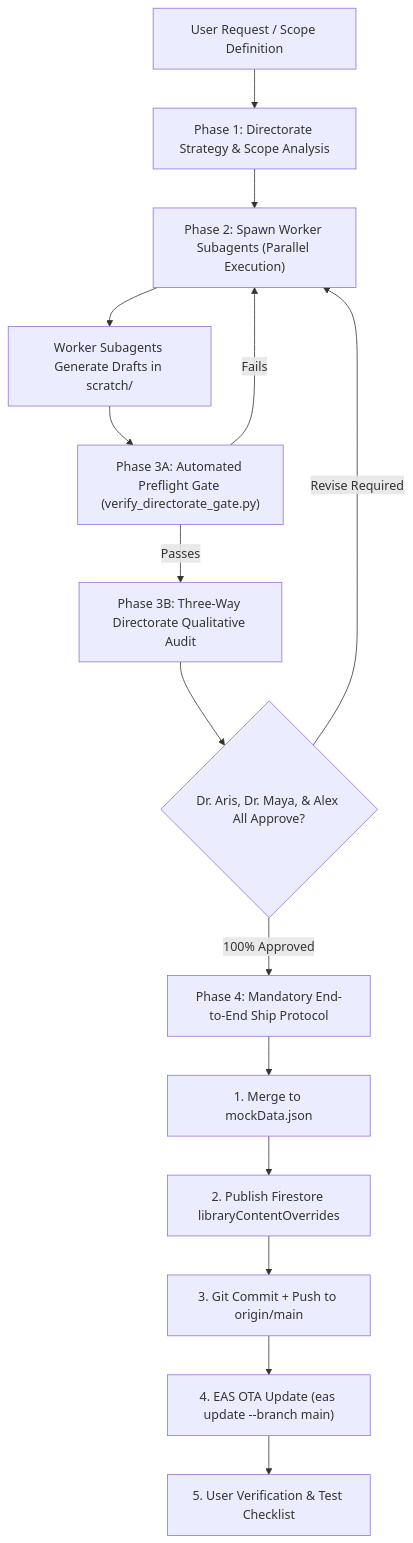
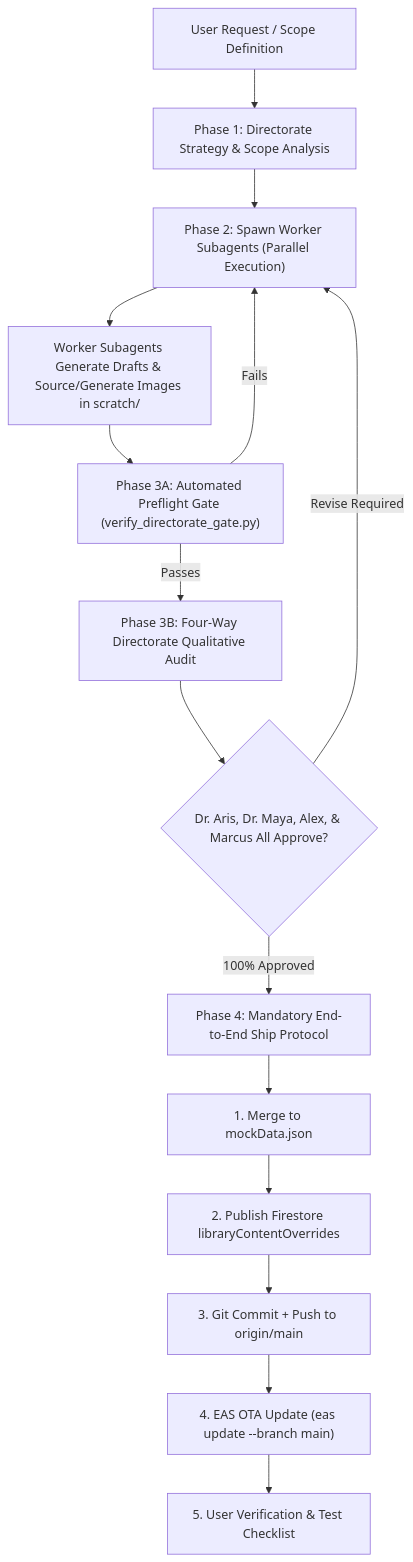
The diagram in .agents/skills/library-lead-directorate/SKILL.md (anshuxinha/community-medicine-app), drawn with Mermaid before and after one commit. The commit also changed other lines of this file and 10 other files, not shown here.

Commit message:
feat(directorate): integrate Marcus visual director, update skills, and embed 17 clinical diagrams in Chapters 31 and 32

````diff
--- a/.agents/skills/library-lead-directorate/SKILL.md
+++ b/.agents/skills/library-lead-directorate/SKILL.md
@@ -41,17 +44,17 @@
 ```mermaid
 flowchart TD
     A["User Request / Scope Definition"] --> B["Phase 1: Directorate Strategy & Scope Analysis"]
     B --> C["Phase 2: Spawn Worker Subagents (Parallel Execution)"]
-    C --> D["Worker Subagents Generate Drafts in scratch/"]
+    C --> D["Worker Subagents Generate Drafts & Source/Generate Images in scratch/"]
     D --> E["Phase 3A: Automated Preflight Gate (verify_directorate_gate.py)"]
     E -->|Fails| C
-    E -->|Passes| F["Phase 3B: Three-Way Directorate Qualitative Audit"]
-    F --> G{"Dr. Aris, Dr. Maya, & Alex All Approve?"}
+    E -->|Passes| F["Phase 3B: Four-Way Directorate Qualitative Audit"]
+    F --> G{"Dr. Aris, Dr. Maya, Alex, & Marcus All Approve?"}
     G -->|Revise Required| C
     G -->|100% Approved| H["Phase 4: Mandatory End-to-End Ship Protocol"]
     H --> I["1. Merge to mockData.json"]
     I --> J["2. Publish Firestore libraryContentOverrides"]
     J --> K["3. Git Commit + Push to origin/main"]
     K --> L["4. EAS OTA Update (eas update --branch main)"]
     L --> M["5. User Verification & Test Checklist"]
 ```
````
